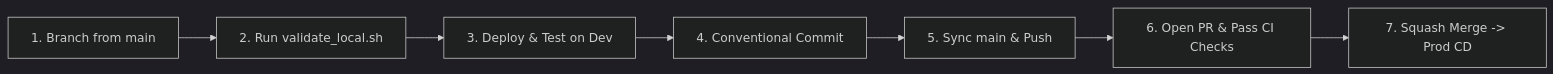
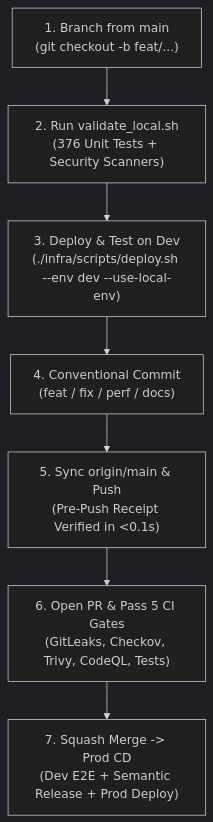
The diagram in CONTRIBUTING.md (venkatesh-singamsetty/cricscore), drawn with Mermaid (dark theme) before and after one commit. The commit also changed other lines of this file and 43 other files, not shown here.

````diff
--- a/CONTRIBUTING.md
+++ b/CONTRIBUTING.md
@@ -9,9 +9,9 @@
 ```mermaid
-flowchart LR
-    Step1["1. Branch from main"] --> Step2["2. Run validate_local.sh"]
-    Step2 --> Step3["3. Deploy & Test on Dev"]
-    Step3 --> Step4["4. Conventional Commit"]
-    Step4 --> Step5["5. Sync main & Push"]
-    Step5 --> Step6["6. Open PR & Pass CI Checks"]
-    Step6 --> Step7["7. Squash Merge -> Prod CD"]
+flowchart TD
+    Step1["1. Branch from main\n(git checkout -b feat/...)"] --> Step2["2. Run validate_local.sh\n(376 Unit Tests + Security Scanners)"]
+    Step2 --> Step3["3. Deploy & Test on Dev\n(./infra/scripts/deploy.sh --env dev --use-local-env)"]
+    Step3 --> Step4["4. Conventional Commit\n(feat / fix / perf / docs)"]
+    Step4 --> Step5["5. Sync origin/main & Push\n(Pre-Push Receipt Verified in <0.1s)"]
+    Step5 --> Step6["6. Open PR & Pass 5 CI Gates\n(GitLeaks, Checkov, Trivy, CodeQL, Tests)"]
+    Step6 --> Step7["7. Squash Merge -> Prod CD\n(Dev E2E + Semantic Release + Prod Deploy)"]
 ```
````
